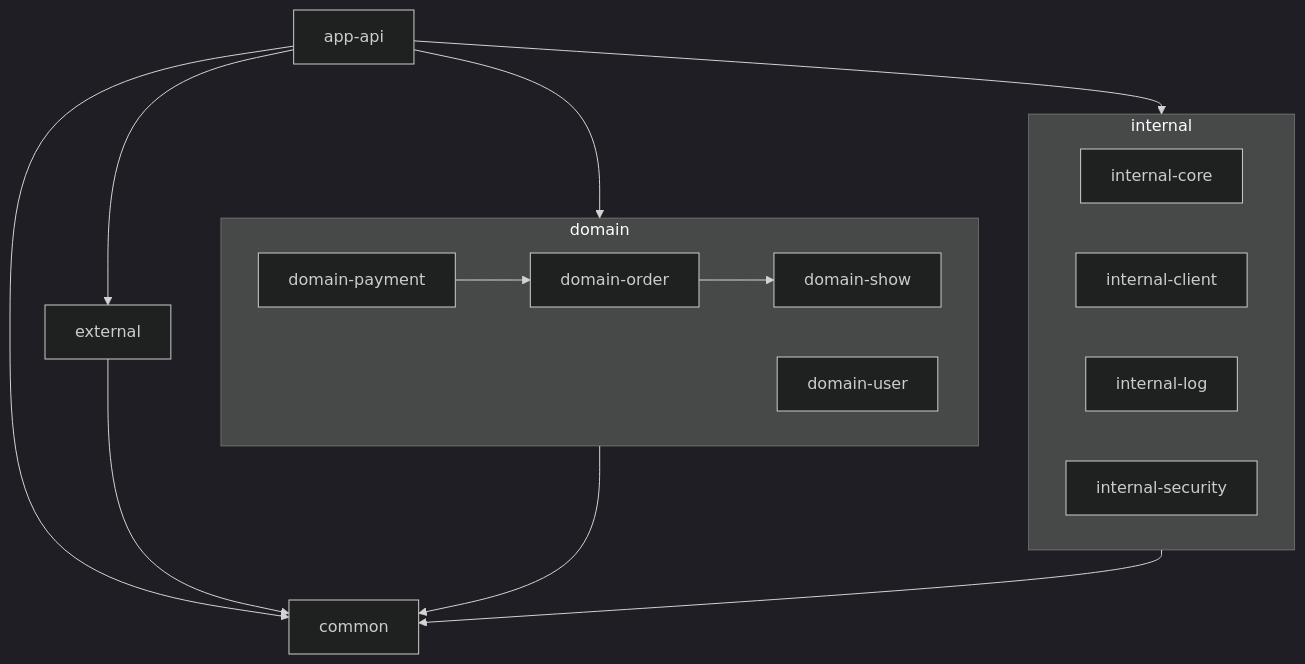
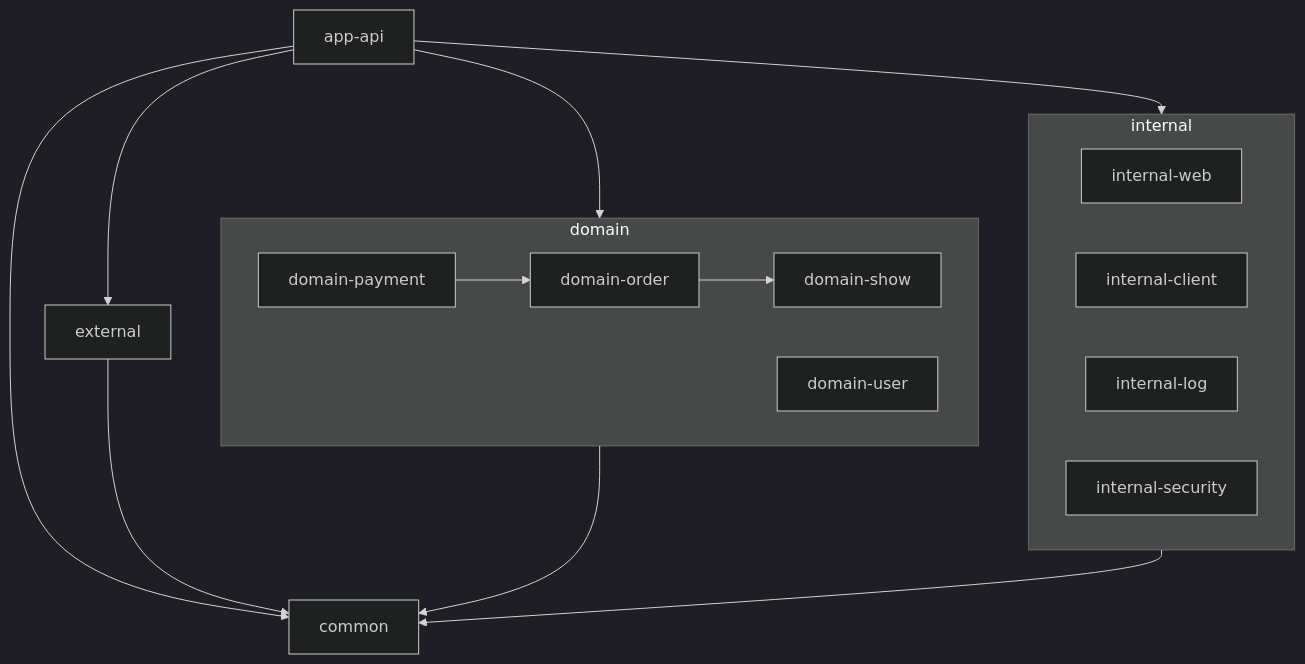
One commit to YeaChan05/ticket changed the first of 2 diagrams in docs/memoir/2025.05.22.md. Above: the diagram before and after it, drawn with Mermaid (dark theme). The commit also changed other lines of this file, not shown here.

First line of the commit message:
docs: internal-core를 internal-web으로 수정

````diff
--- a/docs/memoir/2025.05.22.md
+++ b/docs/memoir/2025.05.22.md
@@ -16,28 +16,28 @@
 ```mermaid
 graph TD
     app-api --> domain
     app-api --> external
     app-api --> internal
     app-api --> common
 
     domain --> common
     domain-order --> domain-show
     domain-payment --> domain-order
 
     internal --> common
     external --> common
 
     subgraph domain
         domain-show
         domain-payment
         domain-user
         domain-order
     end
 
     subgraph internal
-        internal-core
+        internal-web
         internal-client
         internal-log
         internal-security
     end
 ```
````
